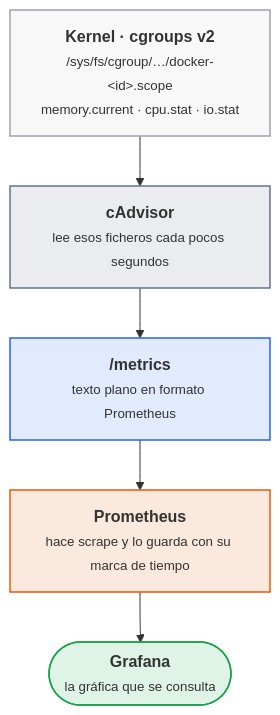
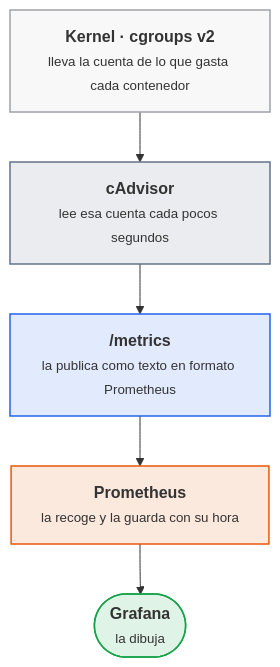
Before and after one commit to victor-educ/apuntes-5169: the second of 8 diagrams in docs/ut/ut1-observabilidad.md, drawn with Mermaid. The commit also changed other lines of this file and 8 other files, not shown here.

First line of the commit message:
Teoría con hilo y hojas que explican la tarea

````diff
--- a/docs/ut/ut1-observabilidad.md
+++ b/docs/ut/ut1-observabilidad.md
@@ -112,15 +112,15 @@
 ```mermaid
 flowchart TB
-    K["<b>Kernel · cgroups v2</b><br><small>/sys/fs/cgroup/…/docker-&lt;id&gt;.scope<br>memory.current · cpu.stat · io.stat</small>"]:::infra
-    C["<b>cAdvisor</b><br><small>lee esos ficheros cada pocos segundos</small>"]:::pieza
-    E["<b>/metrics</b><br><small>texto plano en formato Prometheus</small>"]:::dato
-    P["<b>Prometheus</b><br><small>hace scrape y lo guarda con su marca de tiempo</small>"]:::act
-    G(["<b>Grafana</b><br><small>la gráfica que se consulta</small>"]):::ok
+    K["<b>Kernel · cgroups v2</b><br><small>lleva la cuenta de lo que gasta cada contenedor</small>"]:::infra
+    C["<b>cAdvisor</b><br><small>lee esa cuenta cada pocos segundos</small>"]:::pieza
+    E["<b>/metrics</b><br><small>la publica como texto en formato Prometheus</small>"]:::dato
+    P["<b>Prometheus</b><br><small>la recoge y la guarda con su hora</small>"]:::act
+    G(["<b>Grafana</b><br><small>la dibuja</small>"]):::ok
     K --> C --> E --> P --> G
     classDef act fill:#ea580c22,stroke:#ea580c,stroke-width:1.5px
     classDef pieza fill:#64748b22,stroke:#64748b,stroke-width:1.5px
     classDef dato fill:#2563eb22,stroke:#2563eb,stroke-width:1.5px
     classDef infra fill:#a1a1aa14,stroke:#a1a1aa,stroke-width:1.5px
     classDef ok fill:#16a34a22,stroke:#16a34a,stroke-width:1.5px
     classDef riesgo fill:#dc262622,stroke:#dc2626,stroke-width:1.5px
 ```
````
